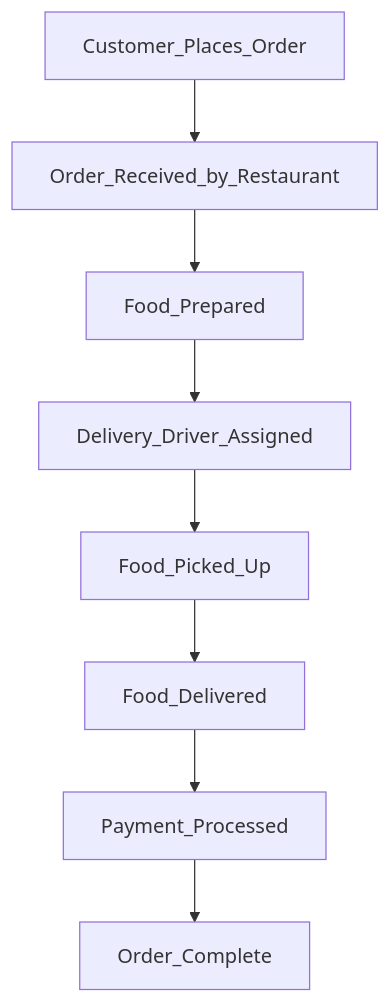
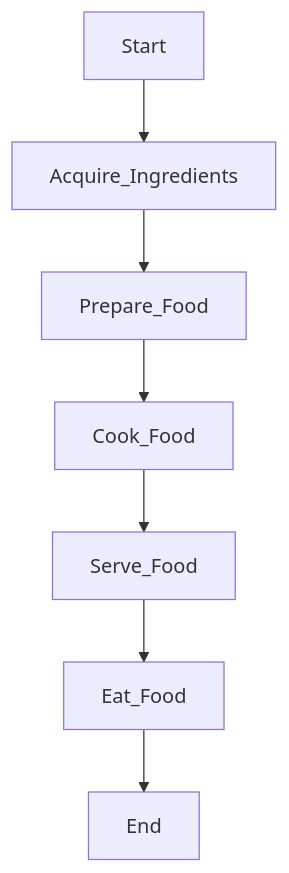
Before and after one commit to Girishskoni/ai-developer-agent: the diagram in docs/quickbyte-workflow.mmd, drawn with Mermaid. The commit also changed 22 other files, not shown here.

```diff
--- a/docs/quickbyte-workflow.mmd
+++ b/docs/quickbyte-workflow.mmd
@@ -1,8 +1,7 @@
 flowchart TD
-  Customer_Places_Order --> Order_Received_by_Restaurant
-  Order_Received_by_Restaurant --> Food_Prepared
-  Food_Prepared --> Delivery_Driver_Assigned
-  Delivery_Driver_Assigned --> Food_Picked_Up
-  Food_Picked_Up --> Food_Delivered
-  Food_Delivered --> Payment_Processed
-  Payment_Processed --> Order_Complete
+  Start --> Acquire_Ingredients
+  Acquire_Ingredients --> Prepare_Food
+  Prepare_Food --> Cook_Food
+  Cook_Food --> Serve_Food
+  Serve_Food --> Eat_Food
+  Eat_Food --> End
```
